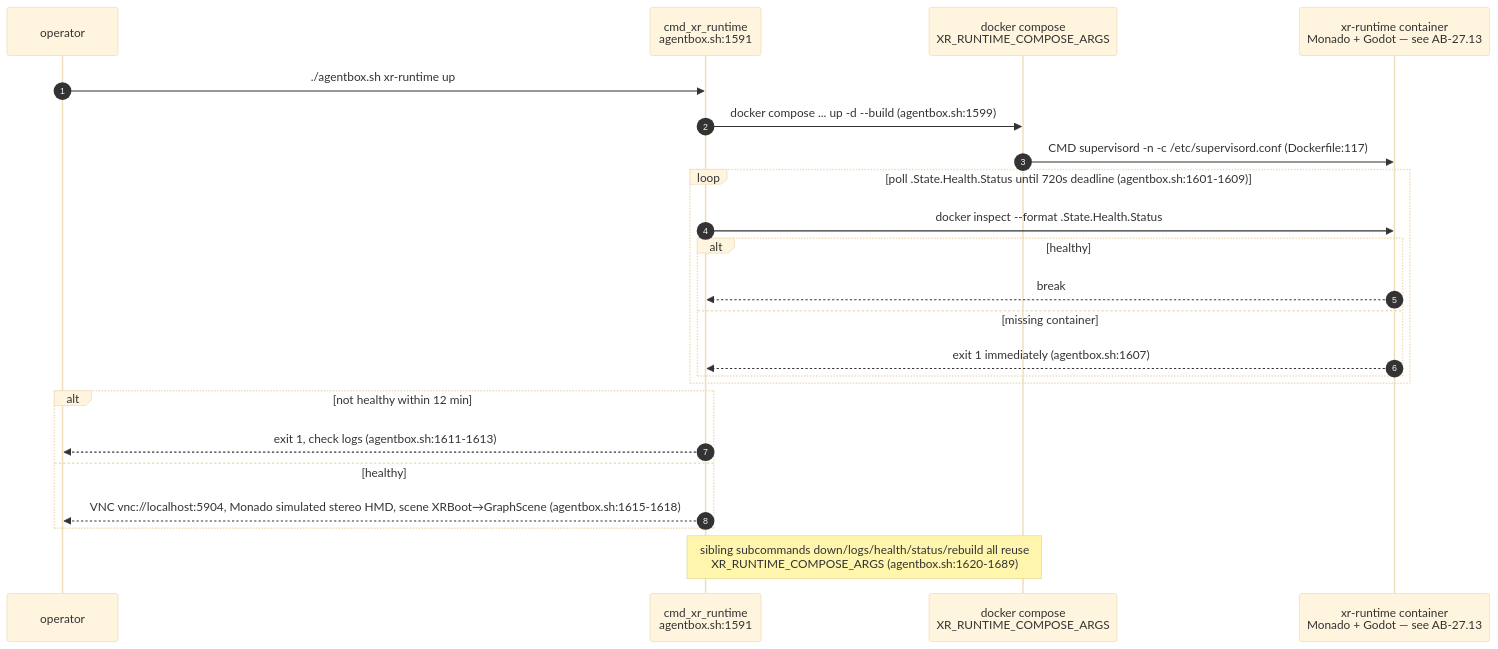
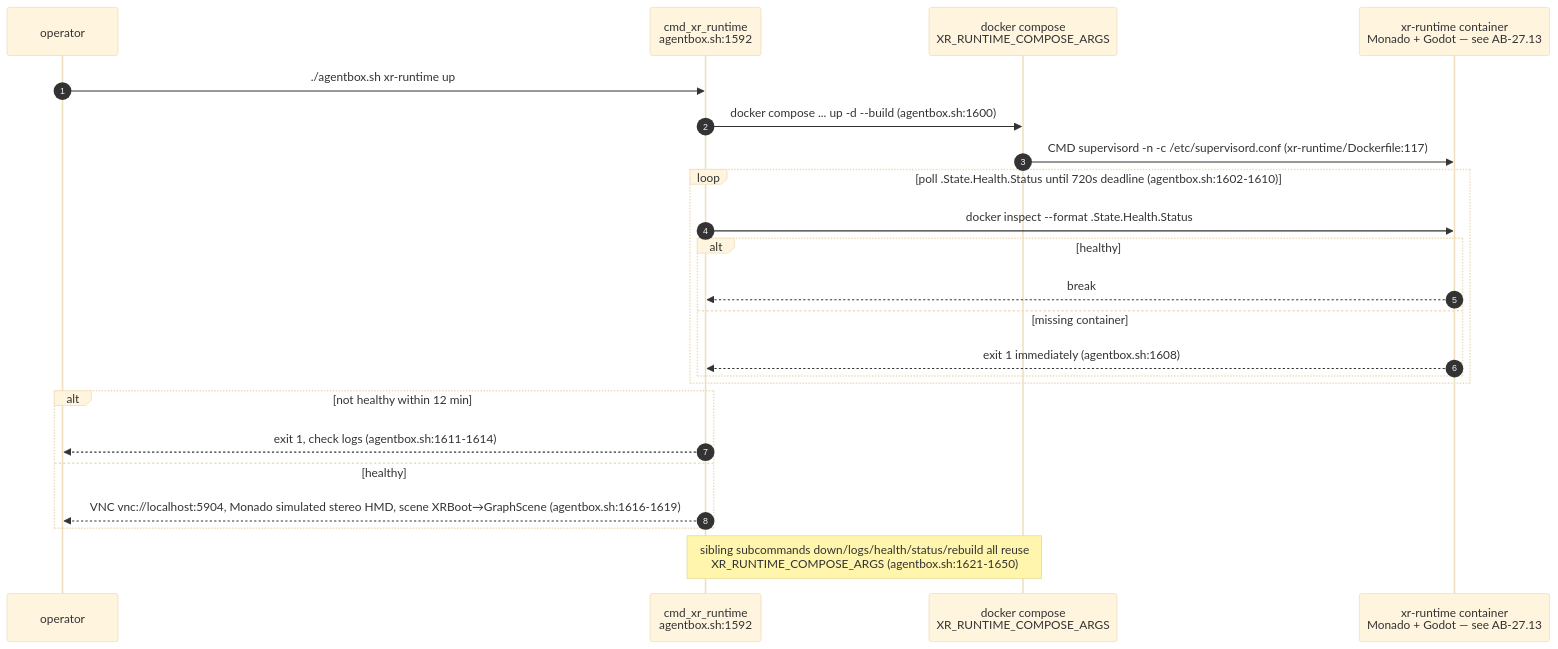
Before and after one commit to DreamLab-AI/VisionFlow: the ninth of 14 diagrams in docs/diagrams/agentbox/06-sidecars-and-compose-overlays.md, drawn with Mermaid (base theme). The commit also changed other lines of this file and 173 other files, not shown here.

````diff
--- a/docs/diagrams/agentbox/06-sidecars-and-compose-overlays.md
+++ b/docs/diagrams/agentbox/06-sidecars-and-compose-overlays.md
@@ -269,26 +269,26 @@
 ```mermaid
 sequenceDiagram
     autonumber
     participant OP as operator
-    participant SH as cmd_xr_runtime<br/>agentbox.sh:1591
+    participant SH as cmd_xr_runtime<br/>agentbox.sh:1592
     participant DC as docker compose<br/>XR_RUNTIME_COMPOSE_ARGS
     participant XR as xr-runtime container<br/>Monado + Godot — see AB-27.13
 
     OP->>SH: ./agentbox.sh xr-runtime up
-    SH->>DC: docker compose ... up -d --build (agentbox.sh:1599)
-    DC->>XR: CMD supervisord -n -c /etc/supervisord.conf (Dockerfile:117)
-    loop poll .State.Health.Status until 720s deadline (agentbox.sh:1601-1609)
+    SH->>DC: docker compose ... up -d --build (agentbox.sh:1600)
+    DC->>XR: CMD supervisord -n -c /etc/supervisord.conf (xr-runtime/Dockerfile:117)
+    loop poll .State.Health.Status until 720s deadline (agentbox.sh:1602-1610)
         SH->>XR: docker inspect --format .State.Health.Status
         alt healthy
             XR-->>SH: break
         else missing container
-            XR-->>SH: exit 1 immediately (agentbox.sh:1607)
+            XR-->>SH: exit 1 immediately (agentbox.sh:1608)
         end
     end
     alt not healthy within 12 min
-        SH-->>OP: exit 1, check logs (agentbox.sh:1611-1613)
+        SH-->>OP: exit 1, check logs (agentbox.sh:1611-1614)
     else healthy
-        SH-->>OP: VNC vnc://localhost:5904, Monado simulated stereo HMD, scene XRBoot→GraphScene (agentbox.sh:1615-1618)
+        SH-->>OP: VNC vnc://localhost:5904, Monado simulated stereo HMD, scene XRBoot→GraphScene (agentbox.sh:1616-1619)
     end
-    Note over SH,DC: sibling subcommands down/logs/health/status/rebuild all reuse<br/>XR_RUNTIME_COMPOSE_ARGS (agentbox.sh:1620-1689)
+    Note over SH,DC: sibling subcommands down/logs/health/status/rebuild all reuse<br/>XR_RUNTIME_COMPOSE_ARGS (agentbox.sh:1621-1650)
 ```
````
